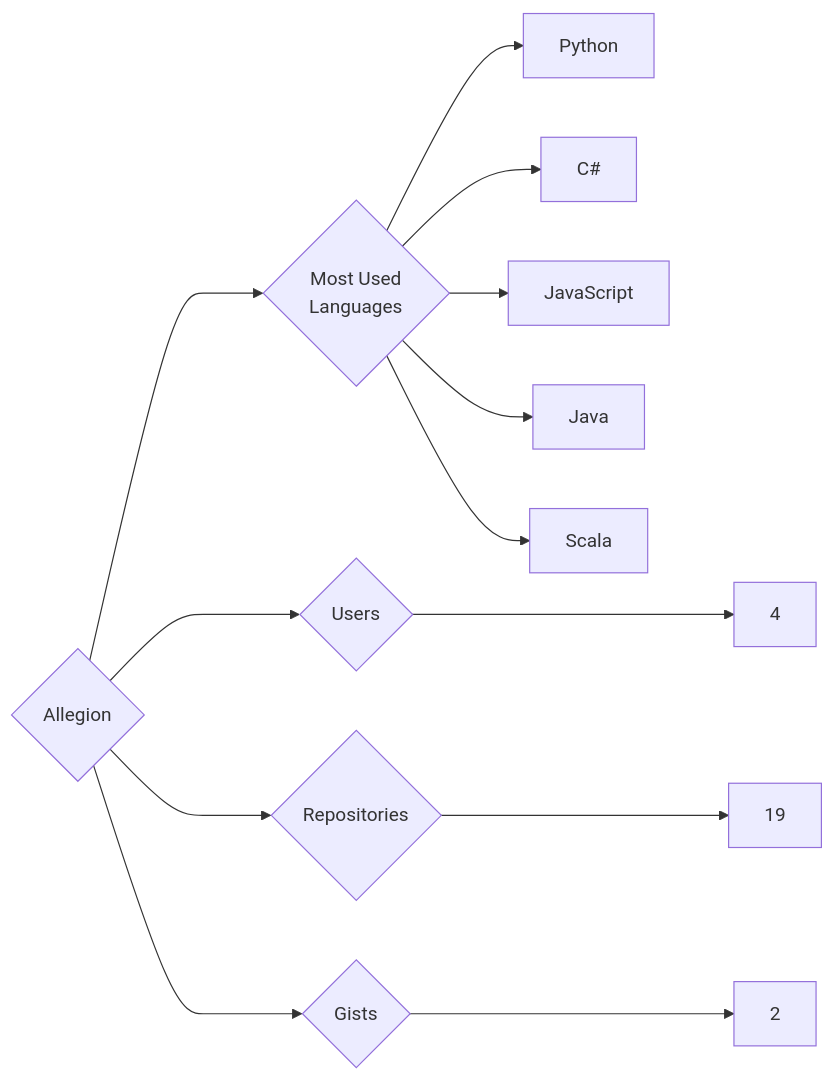
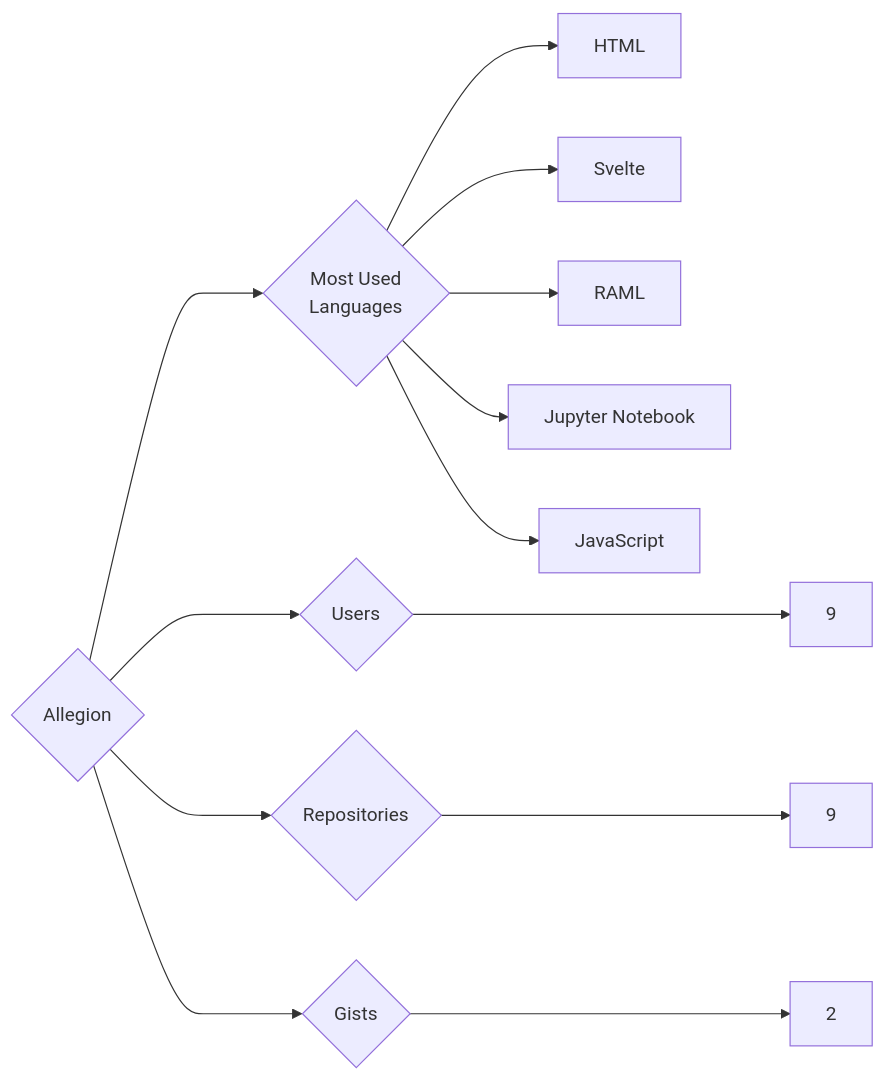
Before and after one commit to trickest/insiders: the diagram in targets/Allegion/README.md, drawn with Mermaid. The commit also changed 1167 other files, not shown here.

````diff
--- a/targets/Allegion/README.md
+++ b/targets/Allegion/README.md
@@ -3,13 +3,13 @@
 ```mermaid
 graph LR
 COMPANY_NAME{Allegion}
-COMPANY_NAME ---> U{Users} ---> UN[4]
-COMPANY_NAME ---> R{Repositories} ---> RN[19]
+COMPANY_NAME ---> U{Users} ---> UN[9]
+COMPANY_NAME ---> R{Repositories} ---> RN[9]
 COMPANY_NAME ---> G{Gists} ---> GN[2]
 COMPANY_NAME ---> ML{Most Used<br>Languages}
-ML --> Python[Python]
-ML --> C#[C#]
+ML --> HTML[HTML]
+ML --> Svelte[Svelte]
+ML --> RAML[RAML]
+ML --> Jupyter_Notebook[Jupyter Notebook]
 ML --> JavaScript[JavaScript]
-ML --> Java[Java]
-ML --> Scala[Scala]
 ```
````
